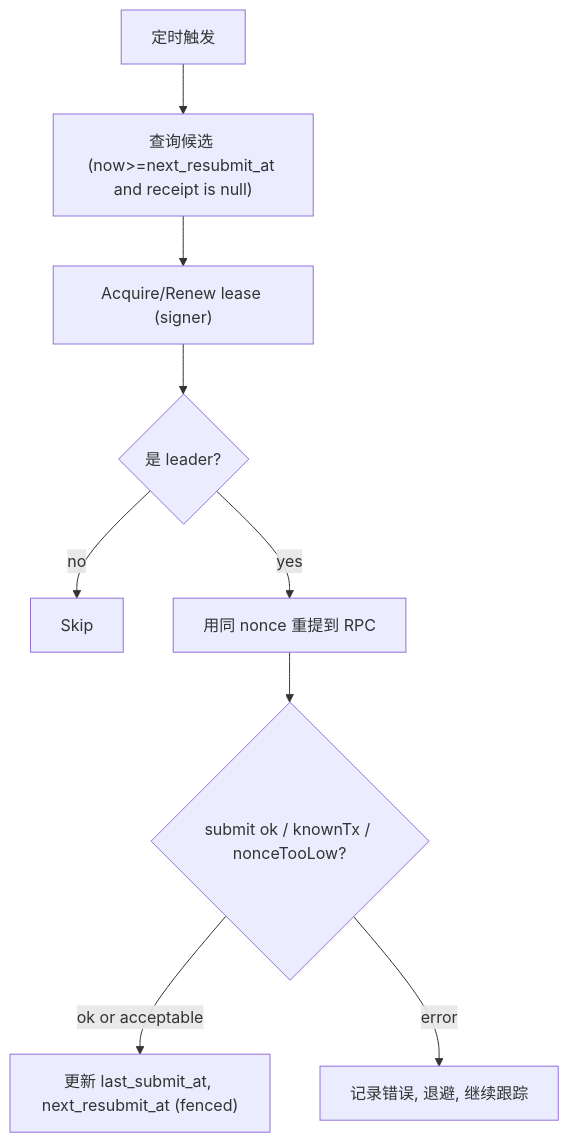
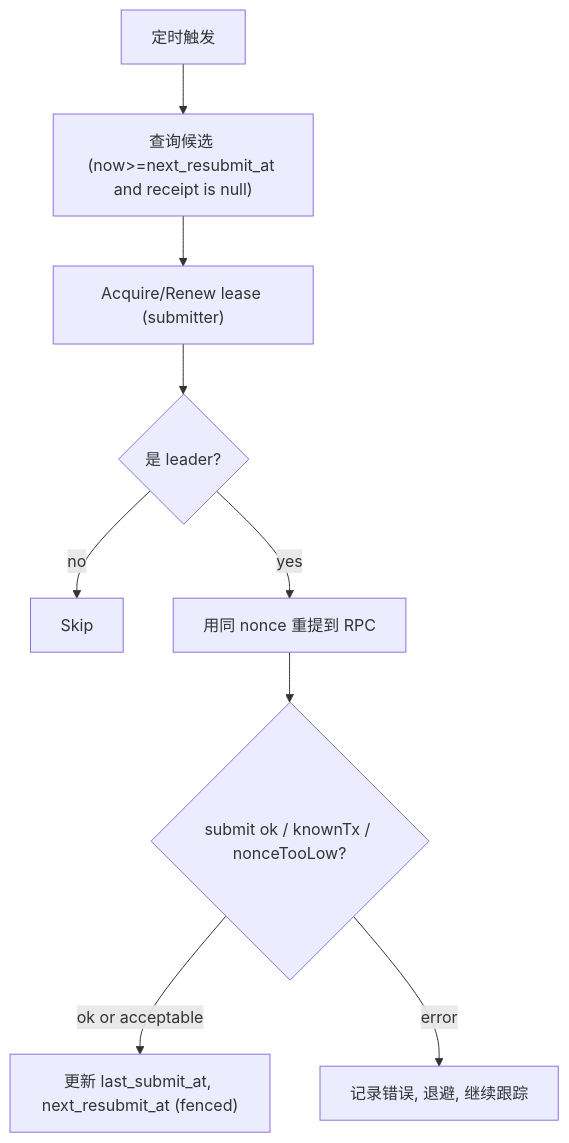
One commit to cedardinh/nonce-demo changed the ninth of 9 diagrams in 方案1111.md. Above: the diagram before and after it, drawn with Mermaid. The commit also changed other lines of this file and 63 other files, not shown here.

````diff
--- a/方案1111.md
+++ b/方案1111.md
@@ -389,11 +389,11 @@
 ```mermaid
 flowchart TD
   S["定时触发"] --> Q["查询候选 (now>=next_resubmit_at and receipt is null)"]
-  Q --> A["Acquire/Renew lease (signer)"]
+  Q --> A["Acquire/Renew lease (submitter)"]
   A --> L{"是 leader?"}
   L -->|no| X["Skip"]
   L -->|yes| G["用同 nonce 重提到 RPC"]
   G --> H{"submit ok / knownTx / nonceTooLow?"}
   H -->|ok or acceptable| U["更新 last_submit_at, next_resubmit_at (fenced)"]
   H -->|error| V["记录错误, 退避, 继续跟踪"]
 ```
````
